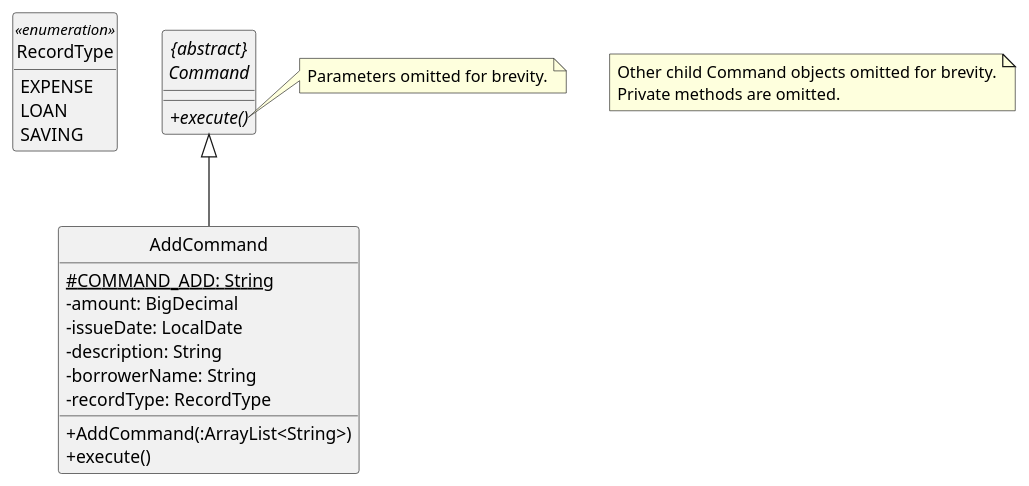
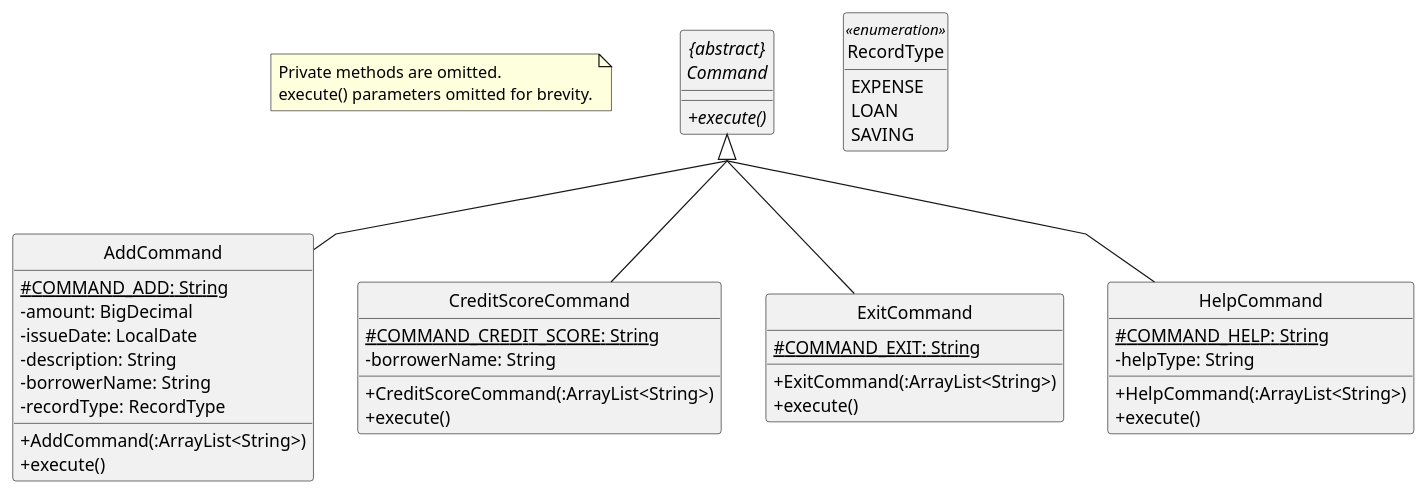
The diagram in docs/diagrams/CommandClassDiagram.puml (nus-cs2113-AY2021S2/tp), drawn with PlantUML before and after one commit. The commit also changed 6 other files, not shown here.

Commit message:
Update diagrams in Command component

```diff
--- a/docs/diagrams/CommandClassDiagram.puml
+++ b/docs/diagrams/CommandClassDiagram.puml
@@ -1,37 +1,58 @@
 @startuml
 skinparam classAttributeIconSize 0
 hide circle
+
+note "Private methods are omitted.\nexecute() parameters omitted for brevity." as N1
 
 abstract class "{abstract}\nCommand" as Command {
     {abstract} +execute()
 }
 
 enum RecordType <<enumeration>> {
     EXPENSE
     LOAN
     SAVING
 }
 
 class AddCommand {
     {static} #COMMAND_ADD: String
     -amount: BigDecimal
     -issueDate: LocalDate
     -description: String
     -borrowerName: String
     -recordType: RecordType
     +AddCommand(:ArrayList<String>)
     +execute()
 }
 
-note right of Command::execute
-    Parameters omitted for brevity.
-end note
+class CreditScoreCommand {
+    {static} #COMMAND_CREDIT_SCORE: String
+    -borrowerName: String
+    +CreditScoreCommand(:ArrayList<String>)
+    +execute()
+}
+
+class ExitCommand {
+    {static} #COMMAND_EXIT: String
+    +ExitCommand(:ArrayList<String>)
+    +execute()
+}
+
+class HelpCommand {
+    {static} #COMMAND_HELP: String
+    -helpType: String
+    +HelpCommand(:ArrayList<String>)
+    +execute()
+}
+
+skinparam linetype polyline
+skinparam groupInheritance 3
 
 Command <|-- AddCommand
+Command <|-- CreditScoreCommand
+Command <|-- ExitCommand
+Command <|-- HelpCommand
 
 hide RecordType empty members
-Command -left[hidden] RecordType
-
-note "Other child Command objects omitted for brevity.\nPrivate methods are omitted." as N1
 
 @enduml
```
